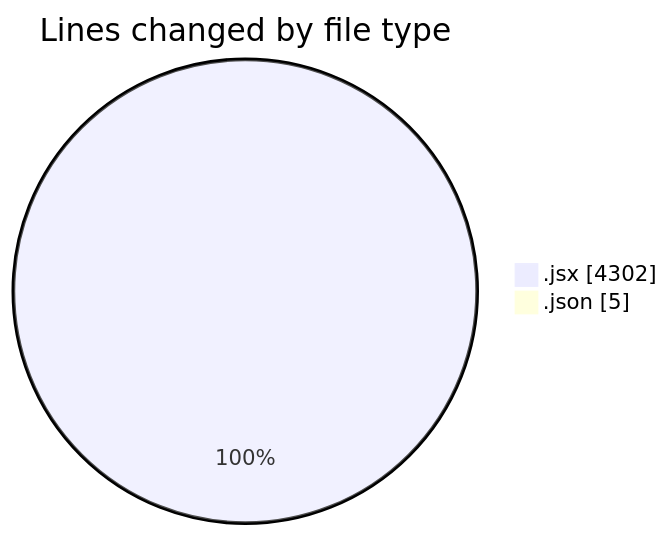
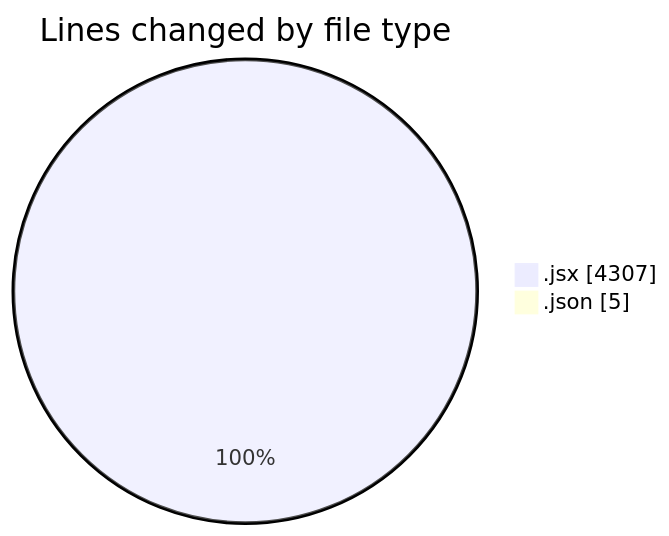
The first of 2 diagrams in 2025-11-18/nxtqube_webapp/README.md (nxtqubesakshisongat/code-tracking), drawn with Mermaid before and after one commit. The commit also changed other lines of this file and 1 other file, not shown here.

````diff
--- a/2025-11-18/nxtqube_webapp/README.md
+++ b/2025-11-18/nxtqube_webapp/README.md
@@ -25,6 +25,6 @@
 ```mermaid
 pie showData
 title Lines changed by file type
-".jsx" : 4302
+".jsx" : 4307
 ".json" : 5
 ```
````
